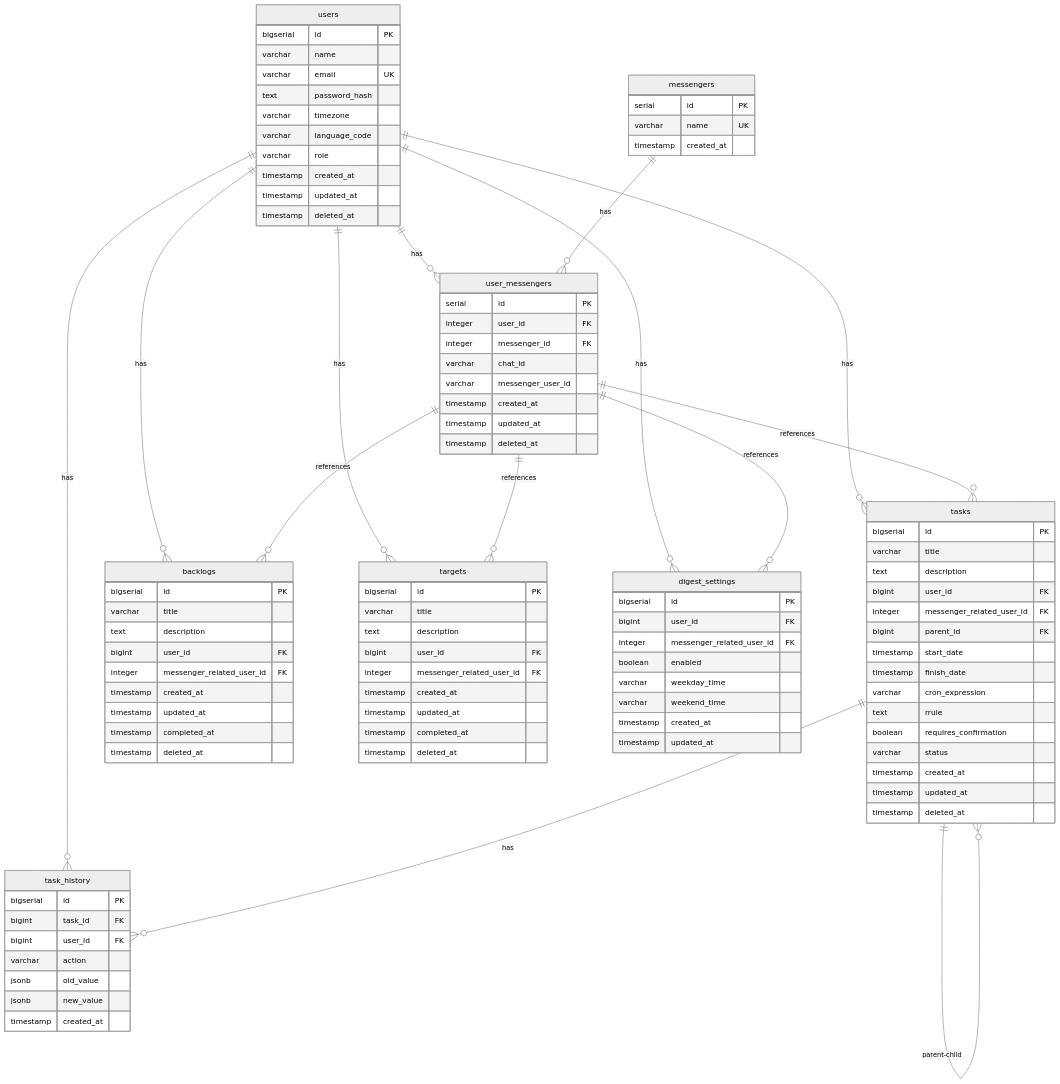
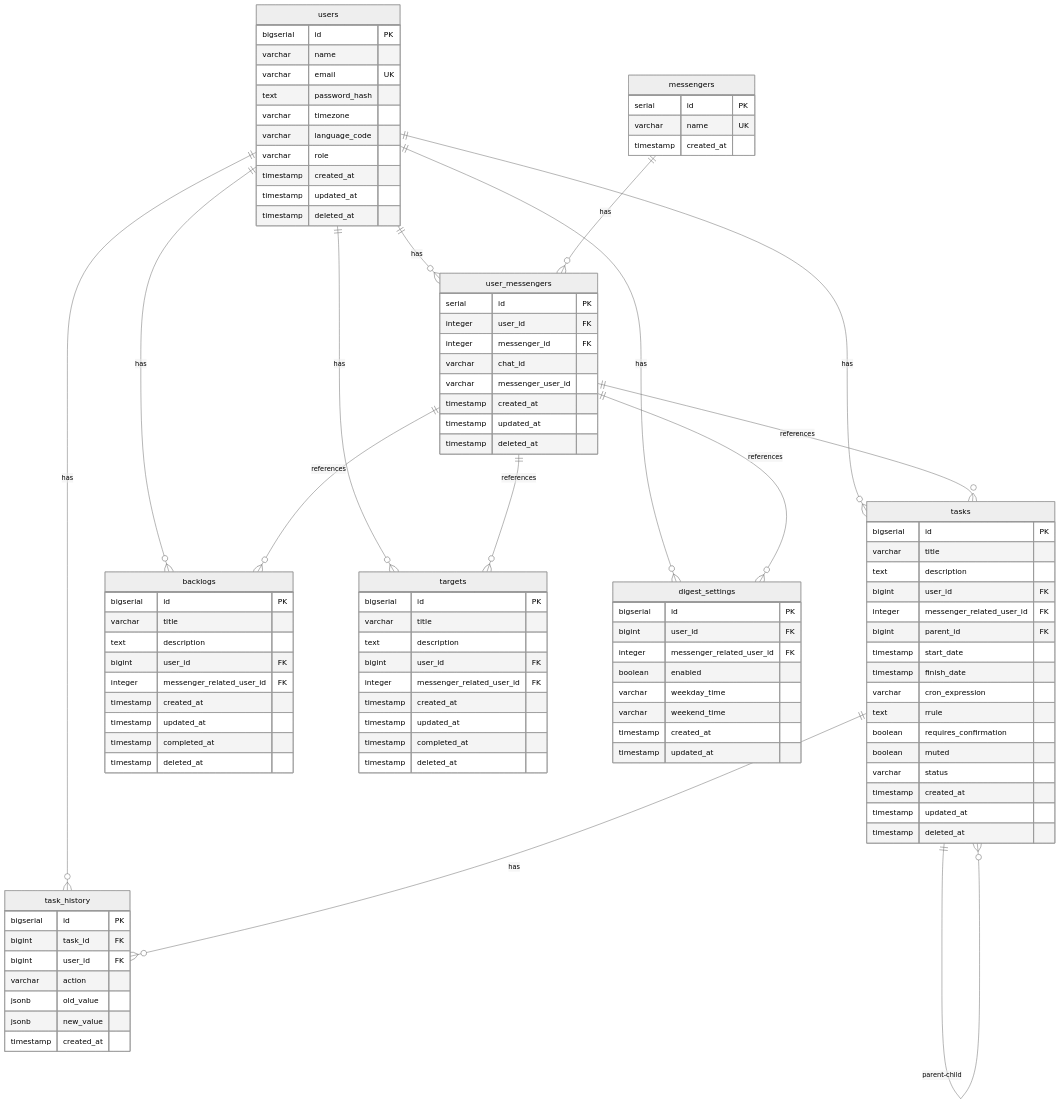
One commit to boskuv/goreminder changed the diagram in README.md. Above: the diagram before and after it, drawn with Mermaid (neutral theme). The commit also changed other lines of this file and 17 other files, not shown here.

```diff
--- a/README.md
+++ b/README.md
@@ -158,6 +158,7 @@
         varchar cron_expression
         text rrule
         boolean requires_confirmation
+        boolean muted
         varchar status
         timestamp created_at
         timestamp updated_at
```
